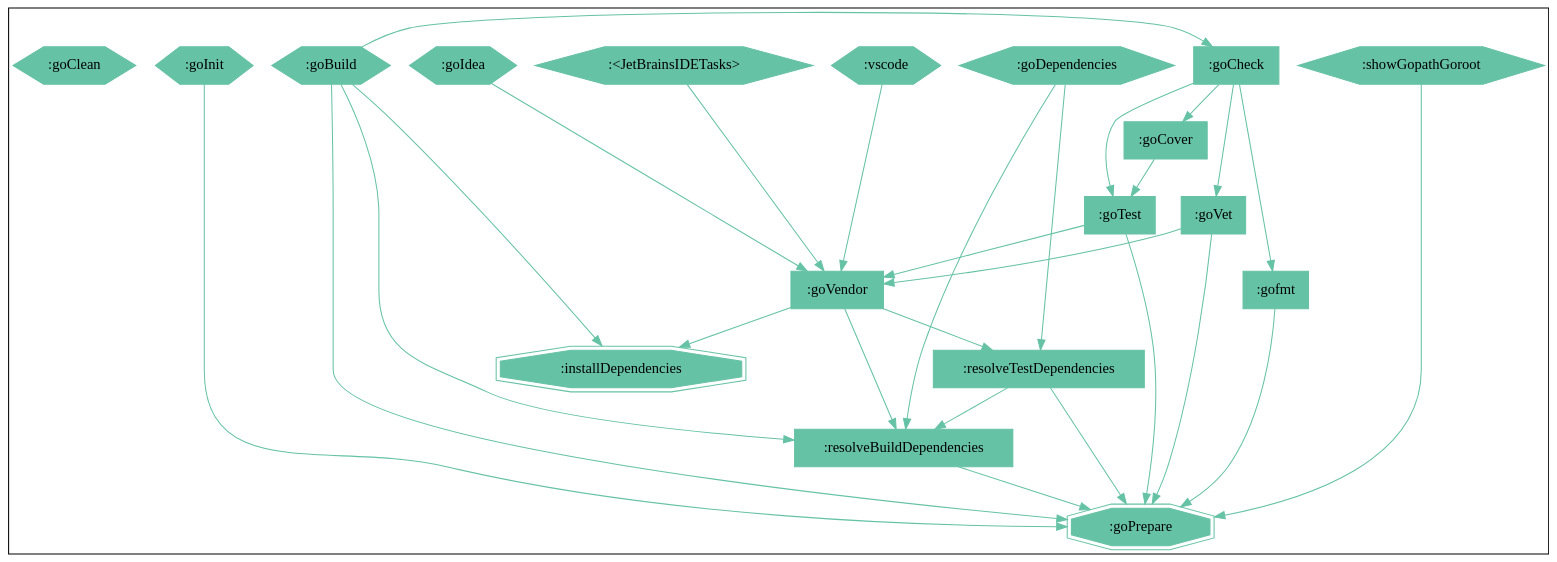
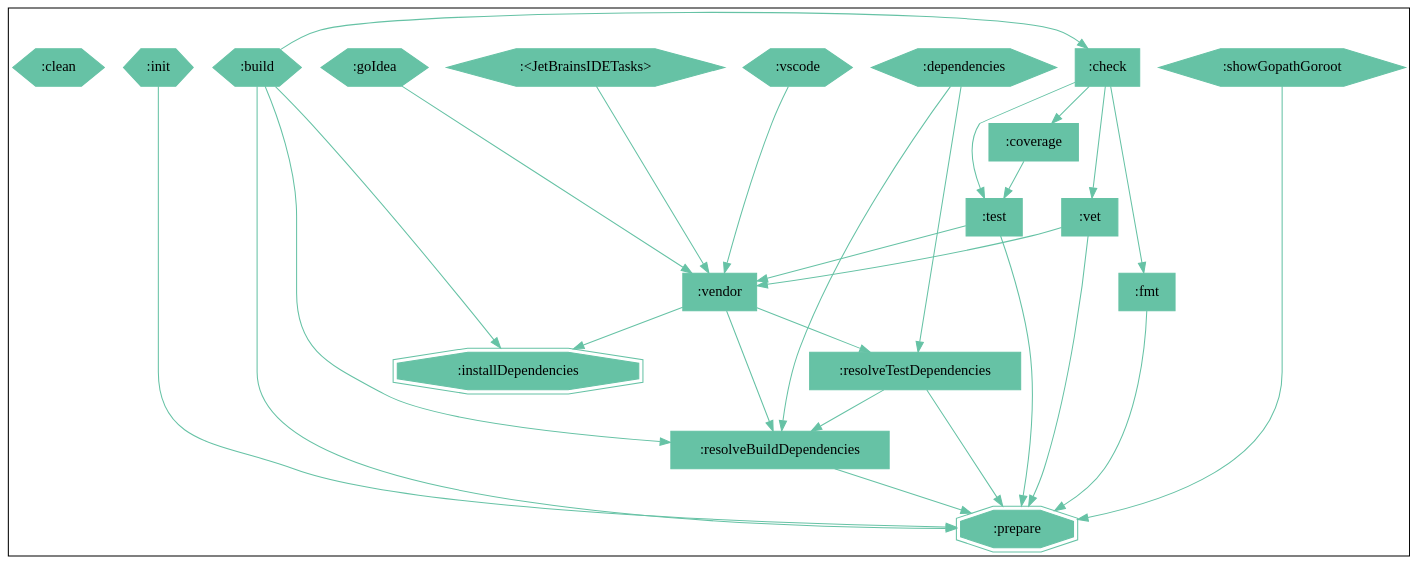
The diagram in docs/images/visteg.dot (gogradle/gogradle), drawn with Graphviz before and after one commit. The commit also changed 11 other files, not shown here.

```diff
--- a/docs/images/visteg.dot
+++ b/docs/images/visteg.dot
@@ -1,39 +1,39 @@
 digraph compile { 
 colorscheme=spectral11;
-":goClean" [shape="hexagon",colorscheme="spectral11",style=filled,color=9];
-":goInit" -> ":goPrepare" [colorscheme="spectral11",color=9];
-":goInit" [shape="hexagon",colorscheme="spectral11",style=filled,color=9];
-":goPrepare" [shape="doubleoctagon",colorscheme="spectral11",style=filled,color=9];
-":goCheck" -> ":goCover" [colorscheme="spectral11",color=9];
-":goCheck" -> ":goTest" [colorscheme="spectral11",color=9];
-":goCheck" -> ":goVet" [colorscheme="spectral11",color=9];
-":goCheck" -> ":gofmt" [colorscheme="spectral11",color=9];
-":goCheck" [shape="box",colorscheme="spectral11",style=filled,color=9];
-":goCover" -> ":goTest" [colorscheme="spectral11",color=9];
-":goCover" [shape="box",colorscheme="spectral11",style=filled,color=9];
-":goTest" -> ":goPrepare" [colorscheme="spectral11",color=9];
-":goTest" -> ":goVendor" [colorscheme="spectral11",color=9];
-":goTest" [shape="box",colorscheme="spectral11",style=filled,color=9];
-":goVet" -> ":goPrepare" [colorscheme="spectral11",color=9];
-":goVet" -> ":goVendor" [colorscheme="spectral11",color=9];
-":goVet" [shape="box",colorscheme="spectral11",style=filled,color=9];
-":gofmt" -> ":goPrepare" [colorscheme="spectral11",color=9];
-":gofmt" [shape="box",colorscheme="spectral11",style=filled,color=9];
-":goTest" [shape="box",colorscheme="spectral11",style=filled,color=9];
-":goPrepare" [shape="doubleoctagon",colorscheme="spectral11",style=filled,color=9];
-":goVendor" -> ":installDependencies" [colorscheme="spectral11",color=9];
-":goVendor" -> ":resolveBuildDependencies" [colorscheme="spectral11",color=9];
-":goVendor" -> ":resolveTestDependencies" [colorscheme="spectral11",color=9];
-":goVendor" [shape="box",colorscheme="spectral11",style=filled,color=9];
-":goPrepare" [shape="doubleoctagon",colorscheme="spectral11",style=filled,color=9];
-":goVendor" [shape="box",colorscheme="spectral11",style=filled,color=9];
-":goPrepare" [shape="doubleoctagon",colorscheme="spectral11",style=filled,color=9];
-":goPrepare" [shape="doubleoctagon",colorscheme="spectral11",style=filled,color=9];
-":goVendor" [shape="box",colorscheme="spectral11",style=filled,color=9];
+":clean" [shape="hexagon",colorscheme="spectral11",style=filled,color=9];
+":init" -> ":prepare" [colorscheme="spectral11",color=9];
+":init" [shape="hexagon",colorscheme="spectral11",style=filled,color=9];
+":prepare" [shape="doubleoctagon",colorscheme="spectral11",style=filled,color=9];
+":check" -> ":coverage" [colorscheme="spectral11",color=9];
+":check" -> ":test" [colorscheme="spectral11",color=9];
+":check" -> ":vet" [colorscheme="spectral11",color=9];
+":check" -> ":fmt" [colorscheme="spectral11",color=9];
+":check" [shape="box",colorscheme="spectral11",style=filled,color=9];
+":coverage" -> ":test" [colorscheme="spectral11",color=9];
+":coverage" [shape="box",colorscheme="spectral11",style=filled,color=9];
+":test" -> ":prepare" [colorscheme="spectral11",color=9];
+":test" -> ":vendor" [colorscheme="spectral11",color=9];
+":test" [shape="box",colorscheme="spectral11",style=filled,color=9];
+":vet" -> ":prepare" [colorscheme="spectral11",color=9];
+":vet" -> ":vendor" [colorscheme="spectral11",color=9];
+":vet" [shape="box",colorscheme="spectral11",style=filled,color=9];
+":fmt" -> ":prepare" [colorscheme="spectral11",color=9];
+":fmt" [shape="box",colorscheme="spectral11",style=filled,color=9];
+":test" [shape="box",colorscheme="spectral11",style=filled,color=9];
+":prepare" [shape="doubleoctagon",colorscheme="spectral11",style=filled,color=9];
+":vendor" -> ":installDependencies" [colorscheme="spectral11",color=9];
+":vendor" -> ":resolveBuildDependencies" [colorscheme="spectral11",color=9];
+":vendor" -> ":resolveTestDependencies" [colorscheme="spectral11",color=9];
+":vendor" [shape="box",colorscheme="spectral11",style=filled,color=9];
+":prepare" [shape="doubleoctagon",colorscheme="spectral11",style=filled,color=9];
+":vendor" [shape="box",colorscheme="spectral11",style=filled,color=9];
+":prepare" [shape="doubleoctagon",colorscheme="spectral11",style=filled,color=9];
+":prepare" [shape="doubleoctagon",colorscheme="spectral11",style=filled,color=9];
+":vendor" [shape="box",colorscheme="spectral11",style=filled,color=9];
 ":installDependencies" [shape="doubleoctagon",colorscheme="spectral11",style=filled,color=9];
-":resolveBuildDependencies" -> ":goPrepare" [colorscheme="spectral11",color=9];
+":resolveBuildDependencies" -> ":prepare" [colorscheme="spectral11",color=9];
 ":resolveBuildDependencies" [shape="box",colorscheme="spectral11",style=filled,color=9];
-":resolveTestDependencies" -> ":goPrepare" [colorscheme="spectral11",color=9];
+":resolveTestDependencies" -> ":prepare" [colorscheme="spectral11",color=9];
 ":resolveTestDependencies" -> ":resolveBuildDependencies" [colorscheme="spectral11",color=9];
 ":resolveTestDependencies" [shape="box",colorscheme="spectral11",style=filled,color=9];
 ":installDependencies" [shape="doubleoctagon",colorscheme="spectral11",style=filled,color=9];
@@ -42,40 +42,40 @@
 ":installDependencies" [shape="doubleoctagon",colorscheme="spectral11",style=filled,color=9];
 ":resolveBuildDependencies" [shape="box",colorscheme="spectral11",style=filled,color=9];
 ":resolveTestDependencies" [shape="box",colorscheme="spectral11",style=filled,color=9];
-":goPrepare" [shape="doubleoctagon",colorscheme="spectral11",style=filled,color=9];
-":goPrepare" [shape="doubleoctagon",colorscheme="spectral11",style=filled,color=9];
+":prepare" [shape="doubleoctagon",colorscheme="spectral11",style=filled,color=9];
+":prepare" [shape="doubleoctagon",colorscheme="spectral11",style=filled,color=9];
 ":resolveBuildDependencies" [shape="box",colorscheme="spectral11",style=filled,color=9];
-":goPrepare" [shape="doubleoctagon",colorscheme="spectral11",style=filled,color=9];
-":goPrepare" [shape="doubleoctagon",colorscheme="spectral11",style=filled,color=9];
+":prepare" [shape="doubleoctagon",colorscheme="spectral11",style=filled,color=9];
+":prepare" [shape="doubleoctagon",colorscheme="spectral11",style=filled,color=9];
 ":resolveBuildDependencies" [shape="box",colorscheme="spectral11",style=filled,color=9];
-":goPrepare" [shape="doubleoctagon",colorscheme="spectral11",style=filled,color=9];
-":goPrepare" [shape="doubleoctagon",colorscheme="spectral11",style=filled,color=9];
+":prepare" [shape="doubleoctagon",colorscheme="spectral11",style=filled,color=9];
+":prepare" [shape="doubleoctagon",colorscheme="spectral11",style=filled,color=9];
 ":resolveBuildDependencies" [shape="box",colorscheme="spectral11",style=filled,color=9];
-":goPrepare" [shape="doubleoctagon",colorscheme="spectral11",style=filled,color=9];
-":goPrepare" [shape="doubleoctagon",colorscheme="spectral11",style=filled,color=9];
-":goPrepare" [shape="doubleoctagon",colorscheme="spectral11",style=filled,color=9];
-":goBuild" -> ":goCheck" [colorscheme="spectral11",color=9];
-":goBuild" -> ":goPrepare" [colorscheme="spectral11",color=9];
-":goBuild" -> ":installDependencies" [colorscheme="spectral11",color=9];
-":goBuild" -> ":resolveBuildDependencies" [colorscheme="spectral11",color=9];
-":goBuild" [shape="hexagon",colorscheme="spectral11",style=filled,color=9];
-":goCheck" [shape="box",colorscheme="spectral11",style=filled,color=9];
-":goPrepare" [shape="doubleoctagon",colorscheme="spectral11",style=filled,color=9];
+":prepare" [shape="doubleoctagon",colorscheme="spectral11",style=filled,color=9];
+":prepare" [shape="doubleoctagon",colorscheme="spectral11",style=filled,color=9];
+":prepare" [shape="doubleoctagon",colorscheme="spectral11",style=filled,color=9];
+":build" -> ":check" [colorscheme="spectral11",color=9];
+":build" -> ":prepare" [colorscheme="spectral11",color=9];
+":build" -> ":installDependencies" [colorscheme="spectral11",color=9];
+":build" -> ":resolveBuildDependencies" [colorscheme="spectral11",color=9];
+":build" [shape="hexagon",colorscheme="spectral11",style=filled,color=9];
+":check" [shape="box",colorscheme="spectral11",style=filled,color=9];
+":prepare" [shape="doubleoctagon",colorscheme="spectral11",style=filled,color=9];
 ":installDependencies" [shape="doubleoctagon",colorscheme="spectral11",style=filled,color=9];
 ":resolveBuildDependencies" [shape="box",colorscheme="spectral11",style=filled,color=9];
-":goCover" [shape="box",colorscheme="spectral11",style=filled,color=9];
-":goTest" [shape="box",colorscheme="spectral11",style=filled,color=9];
-":goVet" [shape="box",colorscheme="spectral11",style=filled,color=9];
-":gofmt" [shape="box",colorscheme="spectral11",style=filled,color=9];
-":goPrepare" [shape="doubleoctagon",colorscheme="spectral11",style=filled,color=9];
-":goTest" [shape="box",colorscheme="spectral11",style=filled,color=9];
-":goPrepare" [shape="doubleoctagon",colorscheme="spectral11",style=filled,color=9];
-":goVendor" [shape="box",colorscheme="spectral11",style=filled,color=9];
-":goPrepare" [shape="doubleoctagon",colorscheme="spectral11",style=filled,color=9];
-":goVendor" [shape="box",colorscheme="spectral11",style=filled,color=9];
-":goPrepare" [shape="doubleoctagon",colorscheme="spectral11",style=filled,color=9];
-":goPrepare" [shape="doubleoctagon",colorscheme="spectral11",style=filled,color=9];
-":goVendor" [shape="box",colorscheme="spectral11",style=filled,color=9];
+":coverage" [shape="box",colorscheme="spectral11",style=filled,color=9];
+":test" [shape="box",colorscheme="spectral11",style=filled,color=9];
+":vet" [shape="box",colorscheme="spectral11",style=filled,color=9];
+":fmt" [shape="box",colorscheme="spectral11",style=filled,color=9];
+":prepare" [shape="doubleoctagon",colorscheme="spectral11",style=filled,color=9];
+":test" [shape="box",colorscheme="spectral11",style=filled,color=9];
+":prepare" [shape="doubleoctagon",colorscheme="spectral11",style=filled,color=9];
+":vendor" [shape="box",colorscheme="spectral11",style=filled,color=9];
+":prepare" [shape="doubleoctagon",colorscheme="spectral11",style=filled,color=9];
+":vendor" [shape="box",colorscheme="spectral11",style=filled,color=9];
+":prepare" [shape="doubleoctagon",colorscheme="spectral11",style=filled,color=9];
+":prepare" [shape="doubleoctagon",colorscheme="spectral11",style=filled,color=9];
+":vendor" [shape="box",colorscheme="spectral11",style=filled,color=9];
 ":installDependencies" [shape="doubleoctagon",colorscheme="spectral11",style=filled,color=9];
 ":resolveBuildDependencies" [shape="box",colorscheme="spectral11",style=filled,color=9];
 ":resolveTestDependencies" [shape="box",colorscheme="spectral11",style=filled,color=9];
@@ -85,66 +85,66 @@
 ":installDependencies" [shape="doubleoctagon",colorscheme="spectral11",style=filled,color=9];
 ":resolveBuildDependencies" [shape="box",colorscheme="spectral11",style=filled,color=9];
 ":resolveTestDependencies" [shape="box",colorscheme="spectral11",style=filled,color=9];
-":goPrepare" [shape="doubleoctagon",colorscheme="spectral11",style=filled,color=9];
-":goPrepare" [shape="doubleoctagon",colorscheme="spectral11",style=filled,color=9];
+":prepare" [shape="doubleoctagon",colorscheme="spectral11",style=filled,color=9];
+":prepare" [shape="doubleoctagon",colorscheme="spectral11",style=filled,color=9];
 ":resolveBuildDependencies" [shape="box",colorscheme="spectral11",style=filled,color=9];
-":goPrepare" [shape="doubleoctagon",colorscheme="spectral11",style=filled,color=9];
-":goPrepare" [shape="doubleoctagon",colorscheme="spectral11",style=filled,color=9];
+":prepare" [shape="doubleoctagon",colorscheme="spectral11",style=filled,color=9];
+":prepare" [shape="doubleoctagon",colorscheme="spectral11",style=filled,color=9];
 ":resolveBuildDependencies" [shape="box",colorscheme="spectral11",style=filled,color=9];
-":goPrepare" [shape="doubleoctagon",colorscheme="spectral11",style=filled,color=9];
-":goPrepare" [shape="doubleoctagon",colorscheme="spectral11",style=filled,color=9];
+":prepare" [shape="doubleoctagon",colorscheme="spectral11",style=filled,color=9];
+":prepare" [shape="doubleoctagon",colorscheme="spectral11",style=filled,color=9];
 ":resolveBuildDependencies" [shape="box",colorscheme="spectral11",style=filled,color=9];
-":goPrepare" [shape="doubleoctagon",colorscheme="spectral11",style=filled,color=9];
-":goPrepare" [shape="doubleoctagon",colorscheme="spectral11",style=filled,color=9];
-":goPrepare" [shape="doubleoctagon",colorscheme="spectral11",style=filled,color=9];
-":goIdea" -> ":goVendor" [colorscheme="spectral11",color=9];
+":prepare" [shape="doubleoctagon",colorscheme="spectral11",style=filled,color=9];
+":prepare" [shape="doubleoctagon",colorscheme="spectral11",style=filled,color=9];
+":prepare" [shape="doubleoctagon",colorscheme="spectral11",style=filled,color=9];
+":goIdea" -> ":vendor" [colorscheme="spectral11",color=9];
 ":goIdea" [shape="hexagon",colorscheme="spectral11",style=filled,color=9];
-":goVendor" [shape="box",colorscheme="spectral11",style=filled,color=9];
+":vendor" [shape="box",colorscheme="spectral11",style=filled,color=9];
 ":installDependencies" [shape="doubleoctagon",colorscheme="spectral11",style=filled,color=9];
 ":resolveBuildDependencies" [shape="box",colorscheme="spectral11",style=filled,color=9];
 ":resolveTestDependencies" [shape="box",colorscheme="spectral11",style=filled,color=9];
-":goPrepare" [shape="doubleoctagon",colorscheme="spectral11",style=filled,color=9];
-":goPrepare" [shape="doubleoctagon",colorscheme="spectral11",style=filled,color=9];
+":prepare" [shape="doubleoctagon",colorscheme="spectral11",style=filled,color=9];
+":prepare" [shape="doubleoctagon",colorscheme="spectral11",style=filled,color=9];
 ":resolveBuildDependencies" [shape="box",colorscheme="spectral11",style=filled,color=9];
-":goPrepare" [shape="doubleoctagon",colorscheme="spectral11",style=filled,color=9];
-":<JetBrainsIDETasks>" -> ":goVendor" [colorscheme="spectral11",color=9];
+":prepare" [shape="doubleoctagon",colorscheme="spectral11",style=filled,color=9];
+":<JetBrainsIDETasks>" -> ":vendor" [colorscheme="spectral11",color=9];
 ":<JetBrainsIDETasks>" [shape="hexagon",colorscheme="spectral11",style=filled,color=9];
-":goVendor" [shape="box",colorscheme="spectral11",style=filled,color=9];
+":vendor" [shape="box",colorscheme="spectral11",style=filled,color=9];
 ":installDependencies" [shape="doubleoctagon",colorscheme="spectral11",style=filled,color=9];
 ":resolveBuildDependencies" [shape="box",colorscheme="spectral11",style=filled,color=9];
 ":resolveTestDependencies" [shape="box",colorscheme="spectral11",style=filled,color=9];
-":goPrepare" [shape="doubleoctagon",colorscheme="spectral11",style=filled,color=9];
-":goPrepare" [shape="doubleoctagon",colorscheme="spectral11",style=filled,color=9];
+":prepare" [shape="doubleoctagon",colorscheme="spectral11",style=filled,color=9];
+":prepare" [shape="doubleoctagon",colorscheme="spectral11",style=filled,color=9];
 ":resolveBuildDependencies" [shape="box",colorscheme="spectral11",style=filled,color=9];
-":goPrepare" [shape="doubleoctagon",colorscheme="spectral11",style=filled,color=9];
-":vscode" -> ":goVendor" [colorscheme="spectral11",color=9];
+":prepare" [shape="doubleoctagon",colorscheme="spectral11",style=filled,color=9];
+":vscode" -> ":vendor" [colorscheme="spectral11",color=9];
 ":vscode" [shape="hexagon",colorscheme="spectral11",style=filled,color=9];
-":goVendor" [shape="box",colorscheme="spectral11",style=filled,color=9];
+":vendor" [shape="box",colorscheme="spectral11",style=filled,color=9];
 ":installDependencies" [shape="doubleoctagon",colorscheme="spectral11",style=filled,color=9];
 ":resolveBuildDependencies" [shape="box",colorscheme="spectral11",style=filled,color=9];
 ":resolveTestDependencies" [shape="box",colorscheme="spectral11",style=filled,color=9];
-":goPrepare" [shape="doubleoctagon",colorscheme="spectral11",style=filled,color=9];
-":goPrepare" [shape="doubleoctagon",colorscheme="spectral11",style=filled,color=9];
+":prepare" [shape="doubleoctagon",colorscheme="spectral11",style=filled,color=9];
+":prepare" [shape="doubleoctagon",colorscheme="spectral11",style=filled,color=9];
 ":resolveBuildDependencies" [shape="box",colorscheme="spectral11",style=filled,color=9];
-":goPrepare" [shape="doubleoctagon",colorscheme="spectral11",style=filled,color=9];
-":showGopathGoroot" -> ":goPrepare" [colorscheme="spectral11",color=9];
+":prepare" [shape="doubleoctagon",colorscheme="spectral11",style=filled,color=9];
+":showGopathGoroot" -> ":prepare" [colorscheme="spectral11",color=9];
 ":showGopathGoroot" [shape="hexagon",colorscheme="spectral11",style=filled,color=9];
-":goVendor" [shape="box",colorscheme="spectral11",style=filled,color=9];
+":vendor" [shape="box",colorscheme="spectral11",style=filled,color=9];
 ":installDependencies" [shape="doubleoctagon",colorscheme="spectral11",style=filled,color=9];
 ":resolveBuildDependencies" [shape="box",colorscheme="spectral11",style=filled,color=9];
 ":resolveTestDependencies" [shape="box",colorscheme="spectral11",style=filled,color=9];
-":goPrepare" [shape="doubleoctagon",colorscheme="spectral11",style=filled,color=9];
-":goPrepare" [shape="doubleoctagon",colorscheme="spectral11",style=filled,color=9];
+":prepare" [shape="doubleoctagon",colorscheme="spectral11",style=filled,color=9];
+":prepare" [shape="doubleoctagon",colorscheme="spectral11",style=filled,color=9];
 ":resolveBuildDependencies" [shape="box",colorscheme="spectral11",style=filled,color=9];
-":goPrepare" [shape="doubleoctagon",colorscheme="spectral11",style=filled,color=9];
-":goDependencies" -> ":resolveBuildDependencies" [colorscheme="spectral11",color=9];
-":goDependencies" -> ":resolveTestDependencies" [colorscheme="spectral11",color=9];
-":goDependencies" [shape="hexagon",colorscheme="spectral11",style=filled,color=9];
+":prepare" [shape="doubleoctagon",colorscheme="spectral11",style=filled,color=9];
+":dependencies" -> ":resolveBuildDependencies" [colorscheme="spectral11",color=9];
+":dependencies" -> ":resolveTestDependencies" [colorscheme="spectral11",color=9];
+":dependencies" [shape="hexagon",colorscheme="spectral11",style=filled,color=9];
 ":resolveBuildDependencies" [shape="box",colorscheme="spectral11",style=filled,color=9];
 ":resolveTestDependencies" [shape="box",colorscheme="spectral11",style=filled,color=9];
-":goPrepare" [shape="doubleoctagon",colorscheme="spectral11",style=filled,color=9];
-":goPrepare" [shape="doubleoctagon",colorscheme="spectral11",style=filled,color=9];
+":prepare" [shape="doubleoctagon",colorscheme="spectral11",style=filled,color=9];
+":prepare" [shape="doubleoctagon",colorscheme="spectral11",style=filled,color=9];
 ":resolveBuildDependencies" [shape="box",colorscheme="spectral11",style=filled,color=9];
-":goPrepare" [shape="doubleoctagon",colorscheme="spectral11",style=filled,color=9];
-{ rank=same; ":goClean" ":goInit" ":goCheck" ":goBuild" ":goIdea" ":<JetBrainsIDETasks>" ":vscode" ":showGopathGoroot" ":goDependencies" }
+":prepare" [shape="doubleoctagon",colorscheme="spectral11",style=filled,color=9];
+{ rank=same; ":clean" ":init" ":check" ":build" ":goIdea" ":<JetBrainsIDETasks>" ":vscode" ":showGopathGoroot" ":dependencies" }
 }
```
